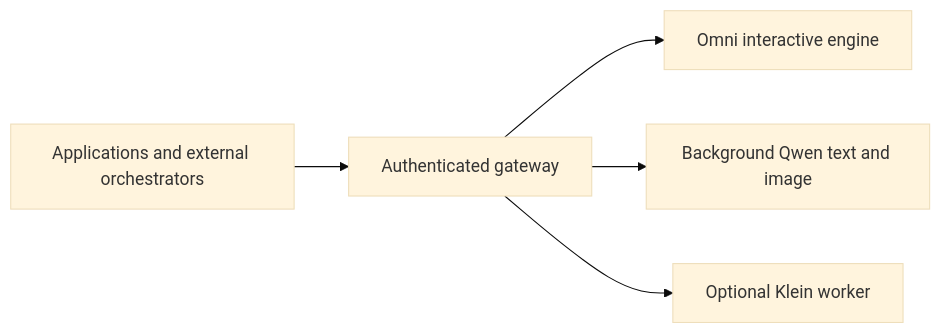
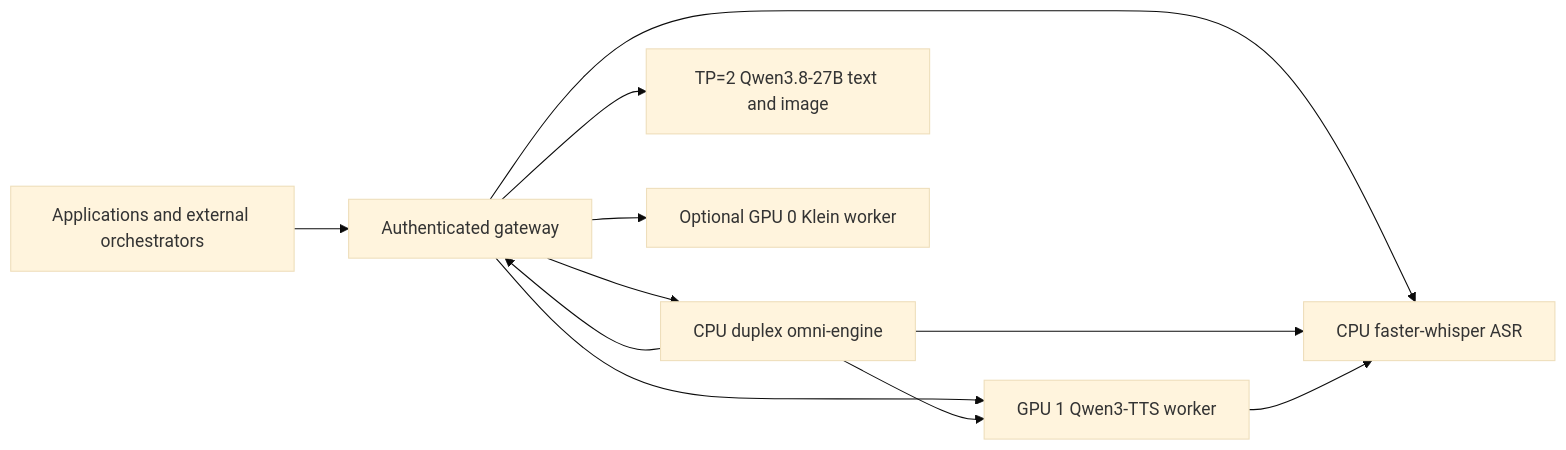
One commit to 4everWZ/omni-avatar-api changed the diagram in docs/architecture.md. Above: the diagram before and after it, drawn with Mermaid (base theme). The commit also changed other lines of this file and 47 other files, not shown here.

Commit message:
feat(workstation): upgrade to Qwen3.8-27B TP=2, Qwen3-TTS, and CPU full-duplex omni-engine

````diff
--- a/docs/architecture.md
+++ b/docs/architecture.md
@@ -5,7 +5,13 @@
 ```mermaid
 flowchart LR
     Client[Applications and external orchestrators] --> Gateway[Authenticated gateway]
-    Gateway --> Omni[Omni interactive engine]
-    Gateway --> LLM[Background Qwen text and image]
-    Gateway --> Images[Optional Klein worker]
+    Gateway --> Omni[CPU duplex omni-engine]
+    Gateway --> LLM[TP=2 Qwen3.8-27B text and image]
+    Gateway --> ASR[CPU faster-whisper ASR]
+    Gateway --> TTS[GPU 1 Qwen3-TTS worker]
+    Gateway --> Images[Optional GPU 0 Klein worker]
+    Omni --> ASR
+    Omni --> Gateway
+    Omni --> TTS
+    TTS --> ASR
 ```
````
